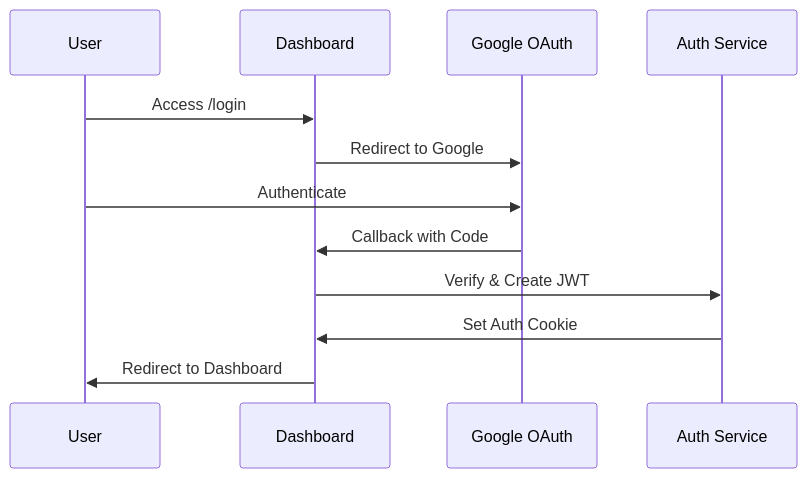
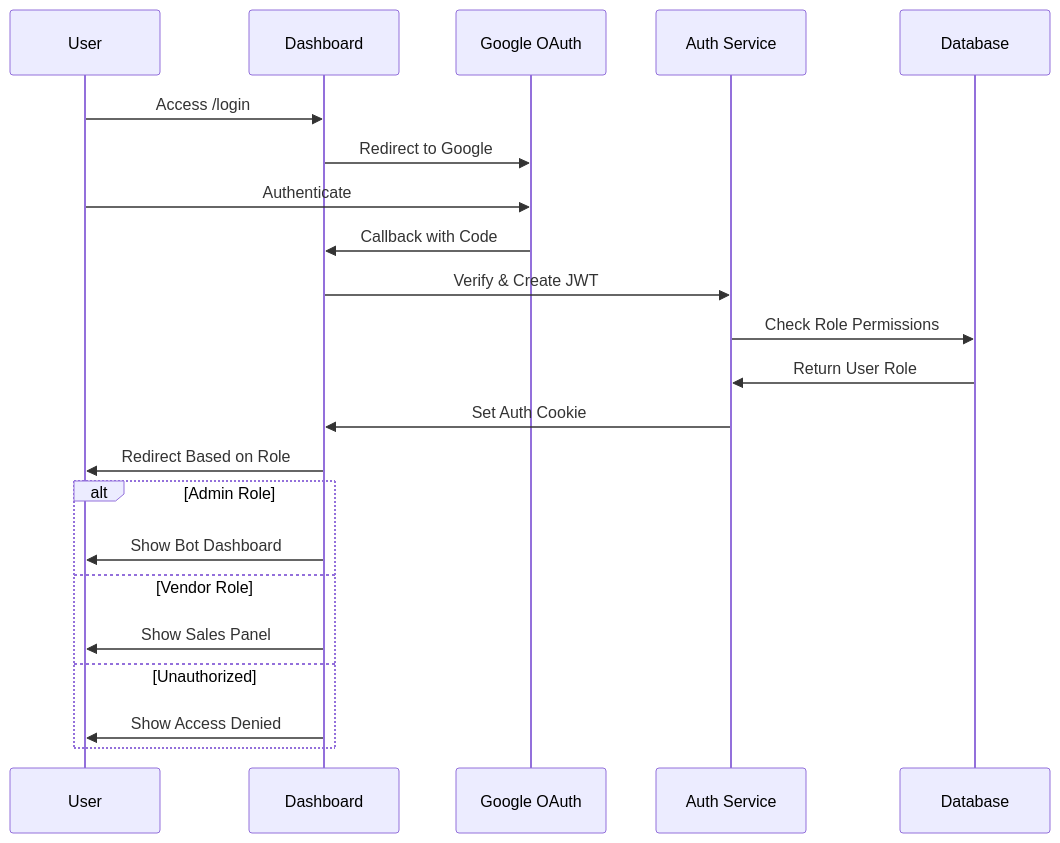
The fifth of 6 diagrams in technical_architecture.md (da4vid864/botinteligente), drawn with Mermaid before and after one commit. The commit also changed other lines of this file and 6 other files, not shown here.

````diff
--- a/technical_architecture.md
+++ b/technical_architecture.md
@@ -193,15 +253,26 @@
 ```mermaid
 sequenceDiagram
     participant U as User
     participant D as Dashboard
     participant G as Google OAuth
     participant A as Auth Service
+    participant DB as Database
 
     U->>D: Access /login
     D->>G: Redirect to Google
     U->>G: Authenticate
     G->>D: Callback with Code
     D->>A: Verify & Create JWT
+    A->>DB: Check Role Permissions
+    DB->>A: Return User Role
     A->>D: Set Auth Cookie
-    D->>U: Redirect to Dashboard
+    D->>U: Redirect Based on Role
+    
+    alt Admin Role
+        D->>U: Show Bot Dashboard
+    else Vendor Role
+        D->>U: Show Sales Panel
+    else Unauthorized
+        D->>U: Show Access Denied
+    end
 ```
````
